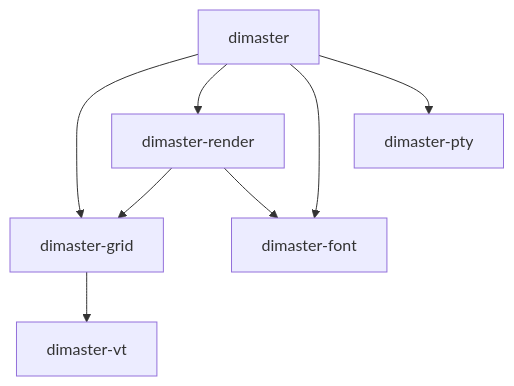
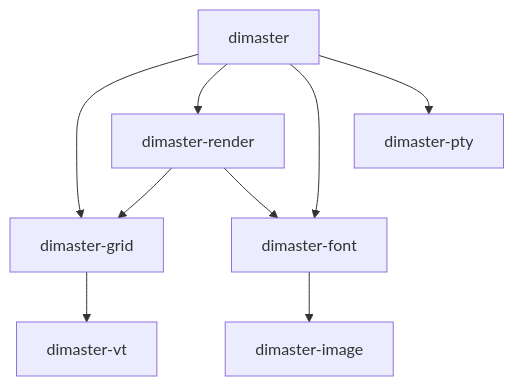
The first of 3 diagrams in docs/UML.md (Utkautka1/DimaSter), drawn with Mermaid before and after one commit. The commit also changed other lines of this file and 32 other files, not shown here.

````diff
--- a/docs/UML.md
+++ b/docs/UML.md
@@ -5,10 +5,11 @@
 ```mermaid
 graph TD
     app[dimaster] --> grid[dimaster-grid]
     app --> render[dimaster-render]
     app --> font[dimaster-font]
     render --> grid
     render --> font
+    font --> image[dimaster-image]
     app --> pty[dimaster-pty]
     grid --> vt[dimaster-vt]
 ```
````
